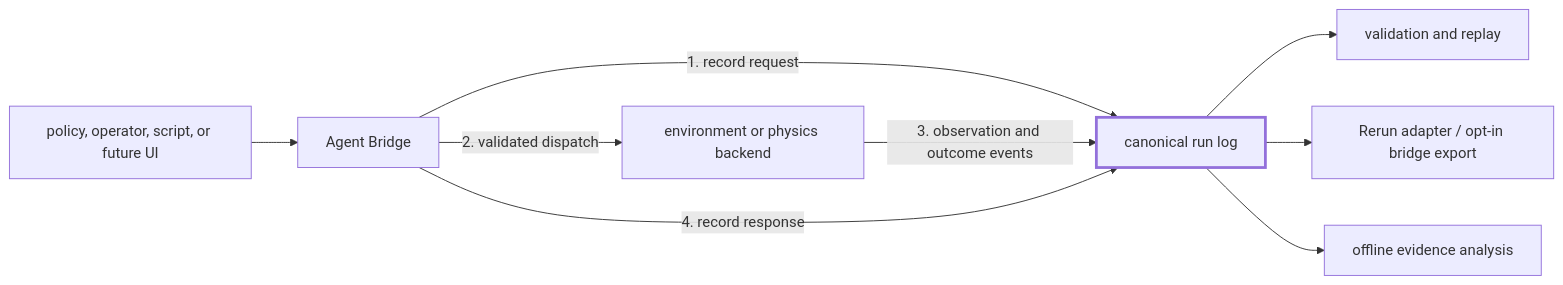
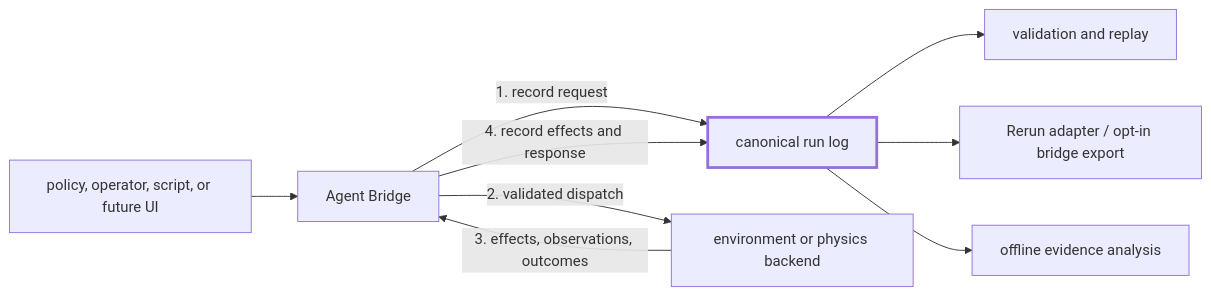
The second of 11 diagrams in DIAGRAMS.md (sepahead/prisoma), drawn with Mermaid before and after one commit. The commit also changed other lines of this file and 60 other files, not shown here.

````diff
--- a/DIAGRAMS.md
+++ b/DIAGRAMS.md
@@ -36,14 +39,14 @@
 ```mermaid
 flowchart LR
     Client["policy, operator, script, or future UI"] --> Bridge["Agent Bridge"]
     Bridge -->|1. record request| Log["canonical run log"]
     Bridge -->|2. validated dispatch| Backend["environment or physics backend"]
-    Backend -->|3. observation and outcome events| Log
-    Bridge -->|4. record response| Log
+    Backend -->|3. effects, observations, outcomes| Bridge
+    Bridge -->|4. record effects and response| Log
 
     Log --> Replay["validation and replay"]
     Log --> Rerun["Rerun adapter / opt-in bridge export"]
     Log --> Analysis["offline evidence analysis"]
 
     style Log stroke-width:3px
 ```
````
